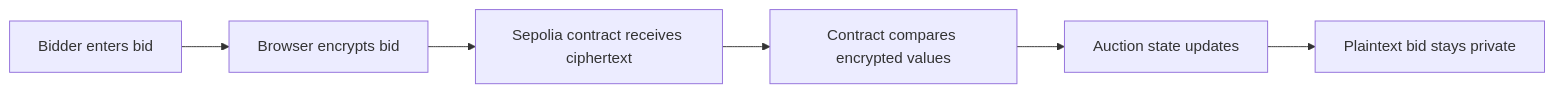
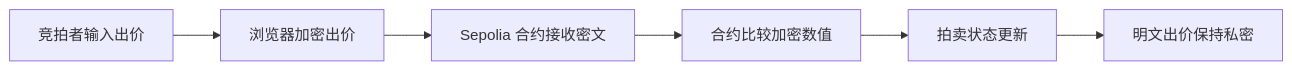
Before and after one commit to daxiguaguagua-hash/SilentBid: the second of 2 diagrams in README.md, drawn with Mermaid. The commit also changed other lines of this file and 1 other file, not shown here.

````diff
--- a/README.md
+++ b/README.md
@@ -60,8 +62,8 @@
 ```mermaid
 flowchart LR
-  A["Bidder enters bid"] --> B["Browser encrypts bid"]
-  B --> C["Sepolia contract receives ciphertext"]
-  C --> D["Contract compares encrypted values"]
-  D --> E["Auction state updates"]
-  E --> F["Plaintext bid stays private"]
+  A["竞拍者输入出价"] --> B["浏览器加密出价"]
+  B --> C["Sepolia 合约接收密文"]
+  C --> D["合约比较加密数值"]
+  D --> E["拍卖状态更新"]
+  E --> F["明文出价保持私密"]
 ```
````
